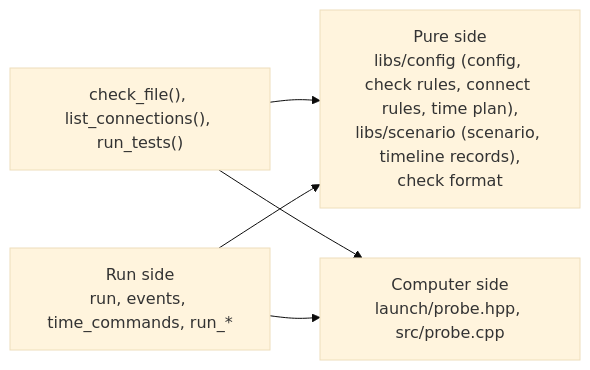
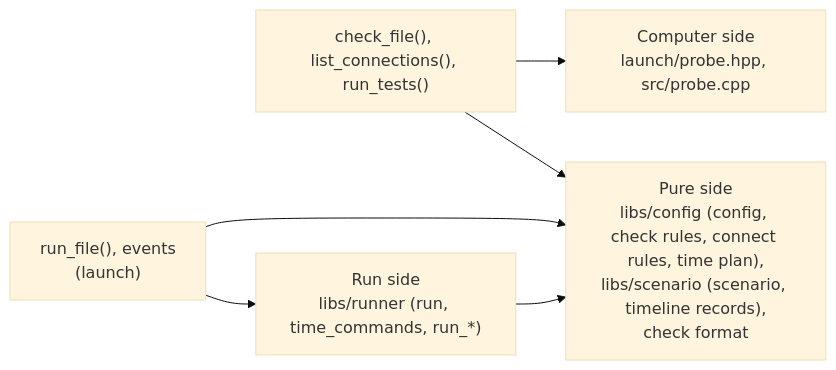
The second of 3 diagrams in docs/architecture.md (rahanahu/vehicle-sil), drawn with Mermaid (base theme) before and after one commit. The commit also changed other lines of this file and 127 other files, not shown here.

First line of the commit message:
build: move the run of the simulation into libs/runner (#294)

````diff
--- a/docs/architecture.md
+++ b/docs/architecture.md
@@ -221,11 +222,13 @@
 ```mermaid
 flowchart LR
     pure["Pure side<br>libs/config (config, check rules, connect rules, time plan),<br>libs/scenario (scenario, timeline records),<br>check format"]
     assemble["check_file(), list_connections(), run_tests()"]
     probe["Computer side<br>launch/probe.hpp, src/probe.cpp"]
-    run["Run side<br>run, events, time_commands, run_*"]
+    run["Run side<br>libs/runner (run, time_commands, run_*)"]
+    run_file["run_file(), events<br>(launch)"]
     assemble --> pure
     assemble --> probe
     run --> pure
-    run --> probe
+    run_file --> run
+    run_file --> pure
 ```
````
